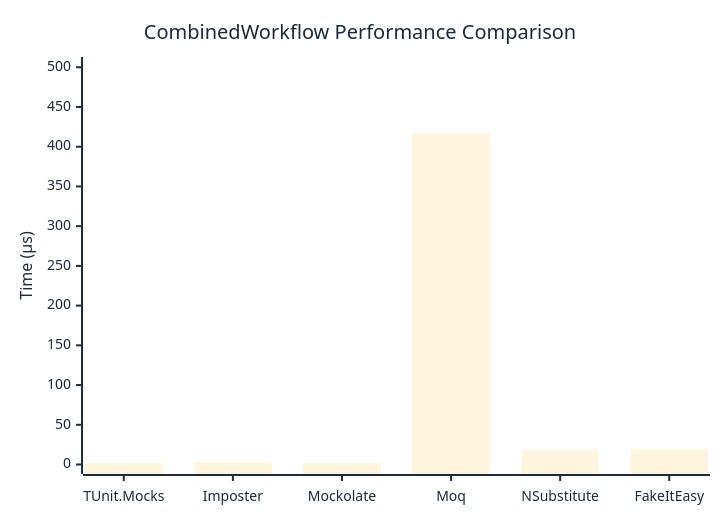
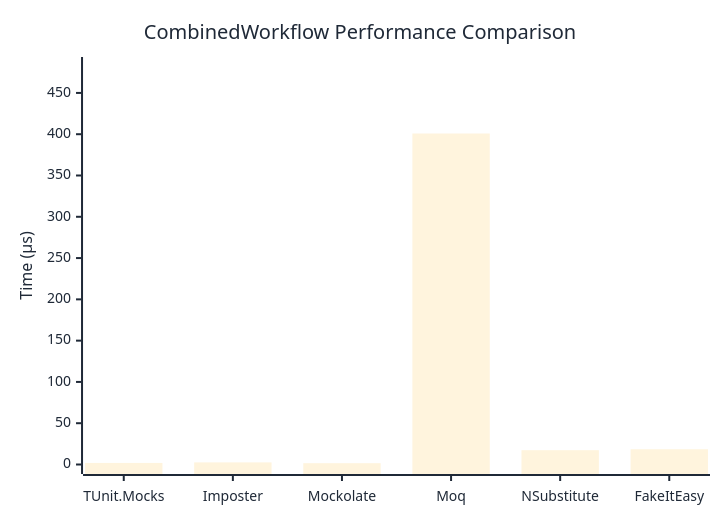
One commit to thomhurst/TUnit changed the diagram in docs/docs/benchmarks/mocks/CombinedWorkflow.md. Above: the diagram before and after it, drawn with Mermaid. The commit also changed other lines of this file and 14 other files, not shown here.

````diff
--- a/docs/docs/benchmarks/mocks/CombinedWorkflow.md
+++ b/docs/docs/benchmarks/mocks/CombinedWorkflow.md
@@ -30,27 +30,27 @@
 ```mermaid
 %%{init: {
   'theme':'base',
   'themeVariables': {
     'primaryColor': '#2563eb',
     'primaryTextColor': '#1f2937',
     'primaryBorderColor': '#1e40af',
     'lineColor': '#6b7280',
     'secondaryColor': '#7c3aed',
     'tertiaryColor': '#dc2626',
     'background': '#ffffff',
     'pie1': '#2563eb',
     'pie2': '#7c3aed',
     'pie3': '#dc2626',
     'pie4': '#f59e0b',
     'pie5': '#10b981',
     'pie6': '#06b6d4',
     'pie7': '#ec4899',
     'pie8': '#6366f1'
   }
 }}%%
 xychart-beta
   title "CombinedWorkflow Performance Comparison"
   x-axis ["TUnit.Mocks", "Imposter", "Mockolate", "Moq", "NSubstitute", "FakeItEasy"]
-  y-axis "Time (μs)" 0 --> 501
-  bar [1.855, 2.563, 1.825, 417.032, 18.193, 19.47]
+  y-axis "Time (μs)" 0 --> 482
+  bar [1.884, 2.556, 1.589, 400.863, 17.322, 18.466]
 ```
````
